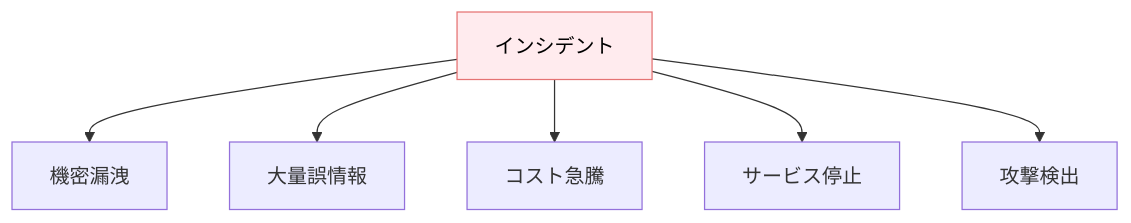
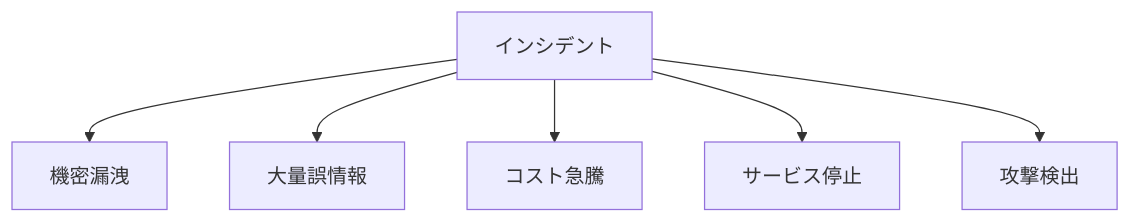
The first of 3 diagrams in docs/tech-notes/llm-アプリのインシデント対応.md (dinekt/dinekt-wiki), drawn with Mermaid before and after one commit. The commit also changed other lines of this file and 70 other files, not shown here.

First line of the commit message:
fix(mermaid): strip all inline styling, rely on theme

````diff
--- a/docs/tech-notes/llm-アプリのインシデント対応.md
+++ b/docs/tech-notes/llm-アプリのインシデント対応.md
@@ -25,10 +25,9 @@
 ```mermaid
 flowchart TD
     I[インシデント] --> C1[機密漏洩]
     I --> C2[大量誤情報]
     I --> C3[コスト急騰]
     I --> C4[サービス停止]
     I --> C5[攻撃検出]
 
-    style I fill:#ffebee,stroke:#e57373,color:#000
 ```
````
